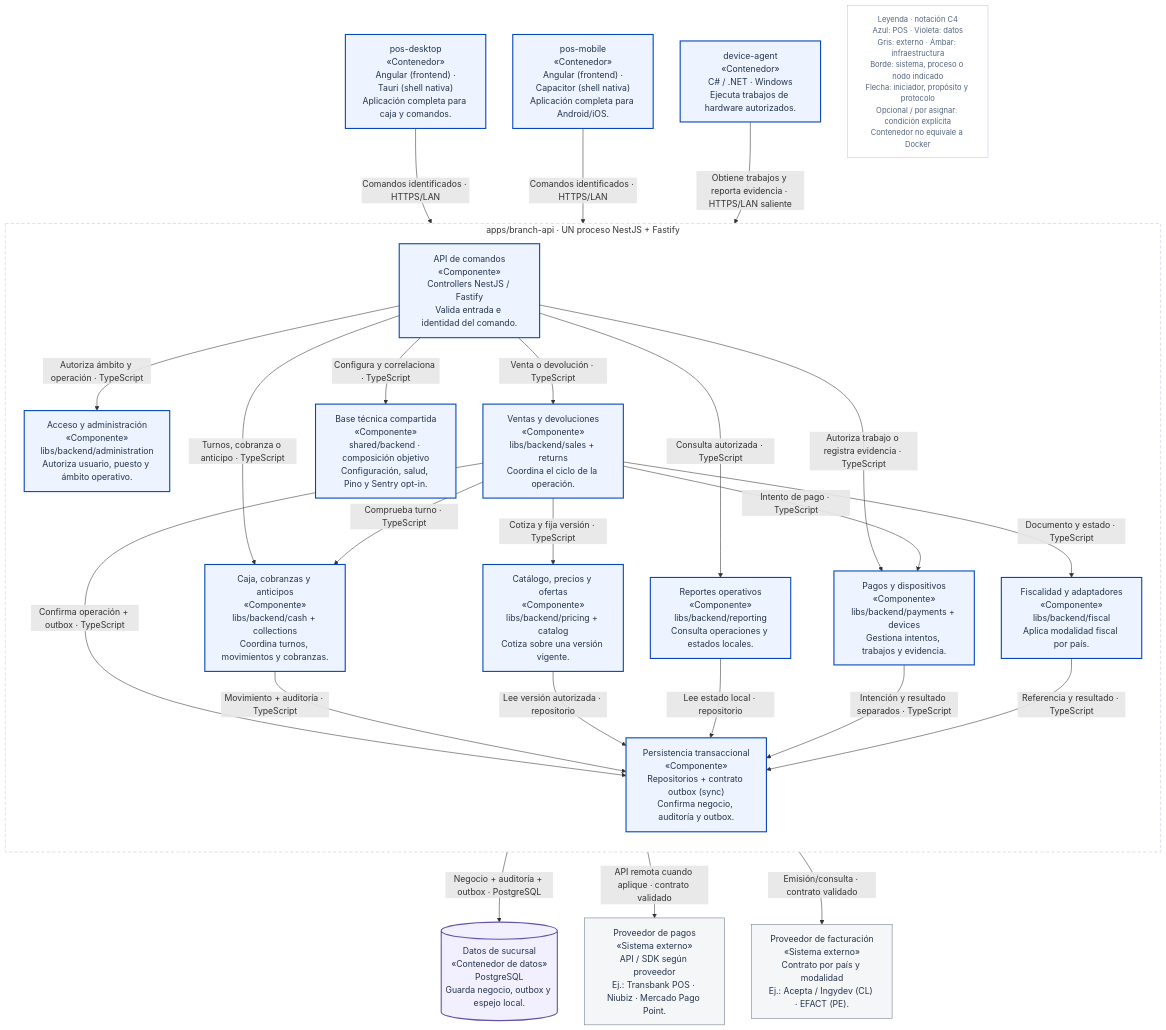
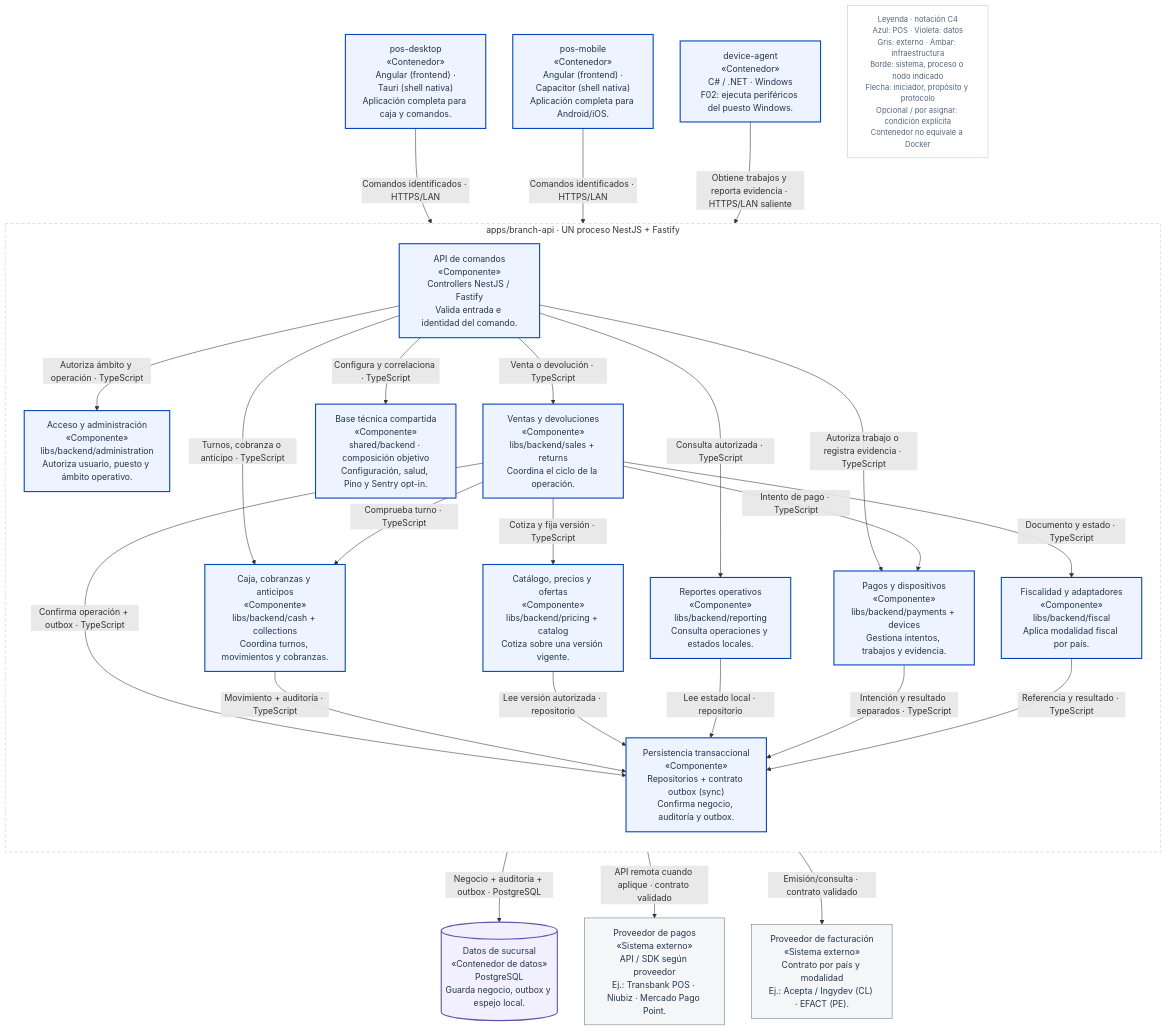
One commit to developer-implementos/pos-docs changed the diagram in docs/diagramas-excalidraw/mermaid/c4-backend.mmd. Above: the diagram before and after it, drawn with Mermaid. The commit also changed 83 other files, not shown here.

```diff
--- a/docs/diagramas-excalidraw/mermaid/c4-backend.mmd
+++ b/docs/diagramas-excalidraw/mermaid/c4-backend.mmd
@@ -1,52 +1,52 @@
 flowchart TB
     accTitle: C3 · branch-api — Negocio de sucursal en un proceso
     accDescr: apps/branch-api compone módulos de negocio y base técnica. Las bibliotecas agrupadas comparten proceso, sin convertirse en servicios independientes. sales/returns, cash/collections, pricing/catalog, payments/devices, fiscal, reporting, administration y outbox de sync. devices conserva trabajos autorizados; device-agent los obtiene y reporta evidencia. No depende del cliente de escritorio.
     subgraph backendScope["apps/branch-api · UN proceso NestJS + Fastify"]
         direction TB
         entry["API de comandos<br/>«Componente»<br/>Controllers NestJS / Fastify<br/>Valida entrada e identidad del comando."]:::pos
         access["Acceso y administración<br/>«Componente»<br/>libs/backend/administration<br/>Autoriza usuario, puesto y ámbito operativo."]:::pos
         sales["Ventas y devoluciones<br/>«Componente»<br/>libs/backend/sales + returns<br/>Coordina el ciclo de la operación."]:::pos
         pricing["Catálogo, precios y ofertas<br/>«Componente»<br/>libs/backend/pricing + catalog<br/>Cotiza sobre una versión vigente."]:::pos
         cash["Caja, cobranzas y anticipos<br/>«Componente»<br/>libs/backend/cash + collections<br/>Coordina turnos, movimientos y cobranzas."]:::pos
         payPort["Pagos y dispositivos<br/>«Componente»<br/>libs/backend/payments + devices<br/>Gestiona intentos, trabajos y evidencia."]:::pos
         fiscalPort["Fiscalidad y adaptadores<br/>«Componente»<br/>libs/backend/fiscal<br/>Aplica modalidad fiscal por país."]:::pos
         reporting["Reportes operativos<br/>«Componente»<br/>libs/backend/reporting<br/>Consulta operaciones y estados locales."]:::pos
         unitOfWork["Persistencia transaccional<br/>«Componente»<br/>Repositorios + contrato outbox (sync)<br/>Confirma negocio, auditoría y outbox."]:::pos
         technicalBase["Base técnica compartida<br/>«Componente»<br/>shared/backend · composición objetivo<br/>Configuración, salud, Pino y Sentry opt-in."]:::pos
     end
     client["pos-desktop<br/>«Contenedor»<br/>Angular (frontend) ·<br/>Tauri (shell nativa)<br/>Aplicación completa para caja y comandos."]:::pos
     mobileClient["pos-mobile<br/>«Contenedor»<br/>Angular (frontend) ·<br/>Capacitor (shell nativa)<br/>Aplicación completa para Android/iOS."]:::pos
-    device["device-agent<br/>«Contenedor»<br/>C# / .NET · Windows<br/>Ejecuta trabajos de hardware autorizados."]:::pos
+    device["device-agent<br/>«Contenedor»<br/>C# / .NET · Windows<br/>F02: ejecuta periféricos del puesto Windows."]:::pos
     branchDb[("Datos de sucursal<br/>«Contenedor de datos»<br/>PostgreSQL<br/>Guarda negocio, outbox y espejo local.")]:::store
     payments["Proveedor de pagos<br/>«Sistema externo»<br/>API / SDK según proveedor<br/>Ej.: Transbank POS · Niubiz · Mercado Pago Point."]:::external
     fiscal["Proveedor de facturación<br/>«Sistema externo»<br/>Contrato por país y modalidad<br/>Ej.: Acepta / Ingydev (CL) · EFACT (PE)."]:::external
     legend["Leyenda · notación C4<br/>Azul: POS · Violeta: datos<br/>Gris: externo · Ámbar: infraestructura<br/>Borde: sistema, proceso o nodo indicado<br/>Flecha: iniciador, propósito y protocolo<br/>Opcional / por asignar: condición explícita<br/>Contenedor no equivale a Docker"]:::key
     client -->|"Comandos identificados · HTTPS/LAN"| entry
     mobileClient -->|"Comandos identificados · HTTPS/LAN"| entry
     device -->|"Obtiene trabajos y reporta evidencia · HTTPS/LAN saliente"| entry
     entry -->|"Autoriza ámbito y operación · TypeScript"| access
     entry -->|"Venta o devolución · TypeScript"| sales
     entry -->|"Turnos, cobranza o anticipo · TypeScript"| cash
     entry -->|"Consulta autorizada · TypeScript"| reporting
     entry -->|"Autoriza trabajo o registra evidencia · TypeScript"| payPort
     entry -->|"Configura y correlaciona · TypeScript"| technicalBase
     sales -->|"Cotiza y fija versión · TypeScript"| pricing
     sales -->|"Comprueba turno · TypeScript"| cash
     sales -->|"Intento de pago · TypeScript"| payPort
     sales -->|"Documento y estado · TypeScript"| fiscalPort
     sales -->|"Confirma operación + outbox · TypeScript"| unitOfWork
     cash -->|"Movimiento + auditoría · TypeScript"| unitOfWork
     pricing -->|"Lee versión autorizada · repositorio"| unitOfWork
     reporting -->|"Lee estado local · repositorio"| unitOfWork
     payPort -->|"Intención y resultado separados · TypeScript"| unitOfWork
     fiscalPort -->|"Referencia y resultado · TypeScript"| unitOfWork
     unitOfWork -->|"Negocio + auditoría + outbox · PostgreSQL"| branchDb
     payPort -->|"API remota cuando aplique · contrato validado"| payments
     fiscalPort -->|"Emisión/consulta · contrato validado"| fiscal
     classDef pos fill:#EDF3FF,stroke:#0545BA,color:#25364D,stroke-width:2px
     classDef store fill:#F2EFFF,stroke:#6551A8,color:#25364D,stroke-width:2px
     classDef external fill:#F4F6F8,stroke:#6B788A,color:#25364D
     classDef person fill:#18336D,stroke:#18336D,color:#FFFFFF
     classDef infra fill:#FFF3E0,stroke:#A86516,color:#25364D
     classDef key fill:#FFFFFF,stroke:#BCC9DB,color:#53657F,font-size:14px
     style backendScope fill:#FFFFFF,stroke:#BCC9DB,stroke-dasharray:6 4
```
